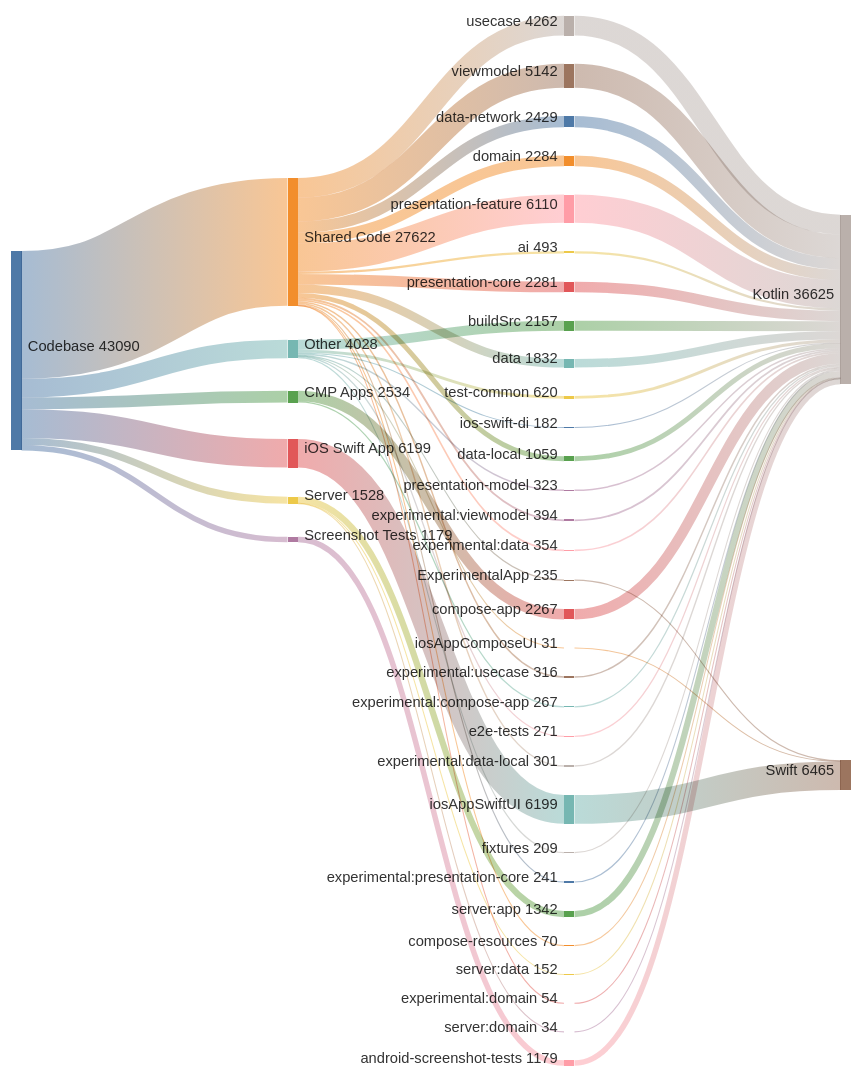
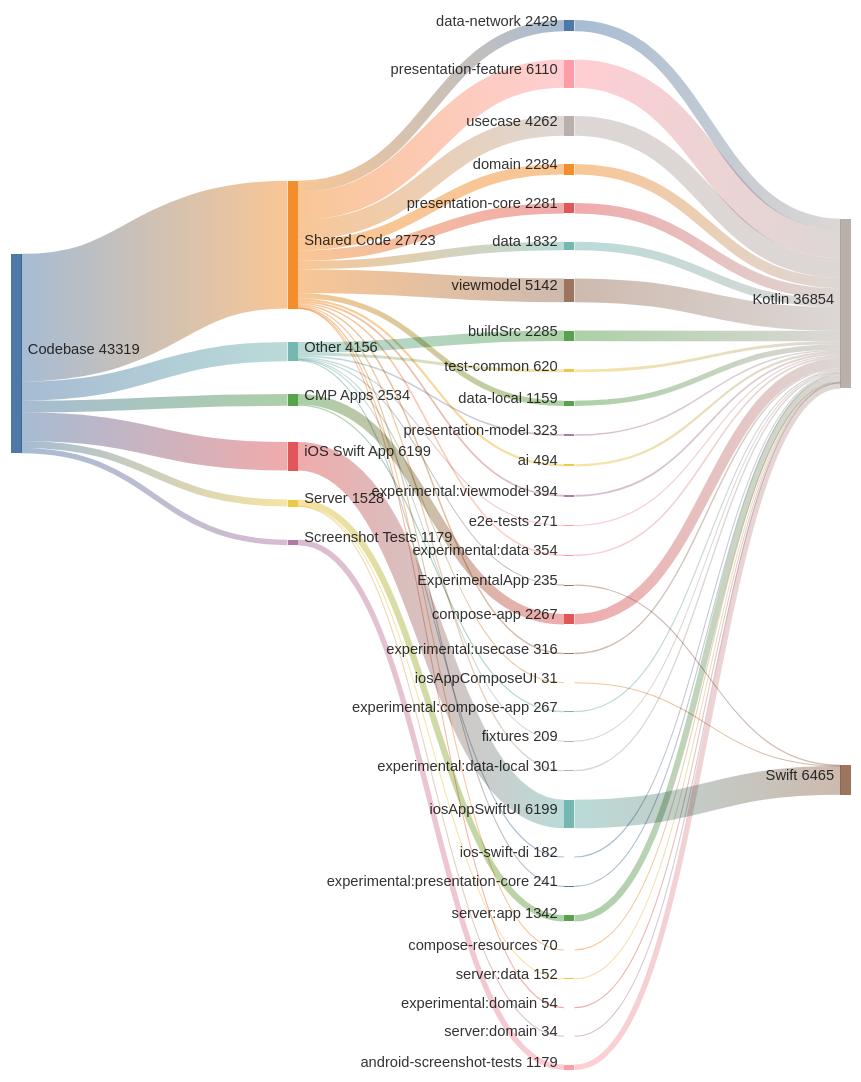
Before and after one commit to cartland/battery-butler: the second of 2 diagrams in README.md, drawn with Mermaid. The commit also changed 2 other files, not shown here.

Commit message:
docs(generated): Regenerate architecture diagrams and analysis (#1054)

```diff
--- a/README.md
+++ b/README.md
@@ -223,9 +223,9 @@
 %% GENERATED FILE - DO NOT EDIT
 sankey-beta
 
-Codebase,Shared Code,27622
+Codebase,Shared Code,27723
 Codebase,iOS Swift App,6199
-Codebase,Other,4028
+Codebase,Other,4156
 Codebase,CMP Apps,2534
 Codebase,Server,1528
 Codebase,Screenshot Tests,1179
@@ -237,8 +237,8 @@
 Shared Code,domain,2284
 Shared Code,presentation-core,2281
 Shared Code,data,1832
-Shared Code,data-local,1059
-Shared Code,ai,493
+Shared Code,data-local,1159
+Shared Code,ai,494
 Shared Code,experimental:viewmodel,394
 Shared Code,experimental:data,354
 Shared Code,experimental:usecase,316
@@ -249,7 +249,7 @@
 
 iOS Swift App,iosAppSwiftUI,6199
 
-Other,buildSrc,2157
+Other,buildSrc,2285
 Other,test-common,620
 Other,presentation-model,323
 Other,e2e-tests,271
@@ -272,16 +272,16 @@
 viewmodel,Kotlin,5142
 usecase,Kotlin,4262
 data-network,Kotlin,2429
+buildSrc,Kotlin,2285
 domain,Kotlin,2284
 presentation-core,Kotlin,2281
 compose-app,Kotlin,2267
-buildSrc,Kotlin,2157
 data,Kotlin,1832
 server:app,Kotlin,1342
 android-screenshot-tests,Kotlin,1179
-data-local,Kotlin,1059
+data-local,Kotlin,1159
 test-common,Kotlin,620
-ai,Kotlin,493
+ai,Kotlin,494
 experimental:viewmodel,Kotlin,394
 experimental:data,Kotlin,354
 presentation-model,Kotlin,323
```
